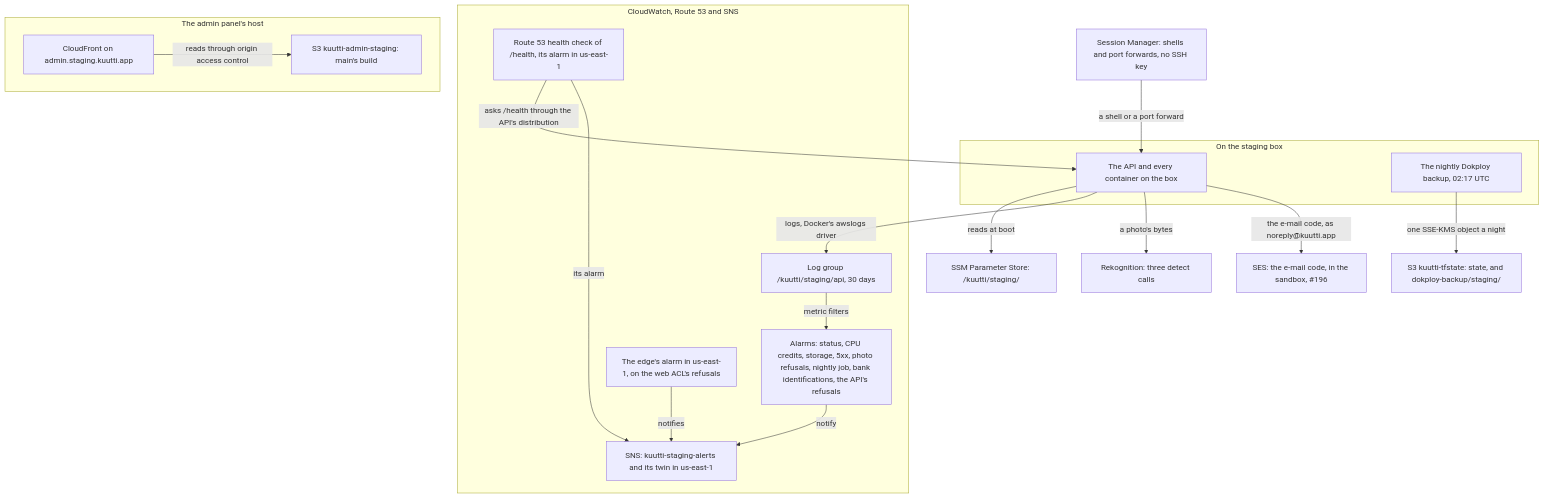
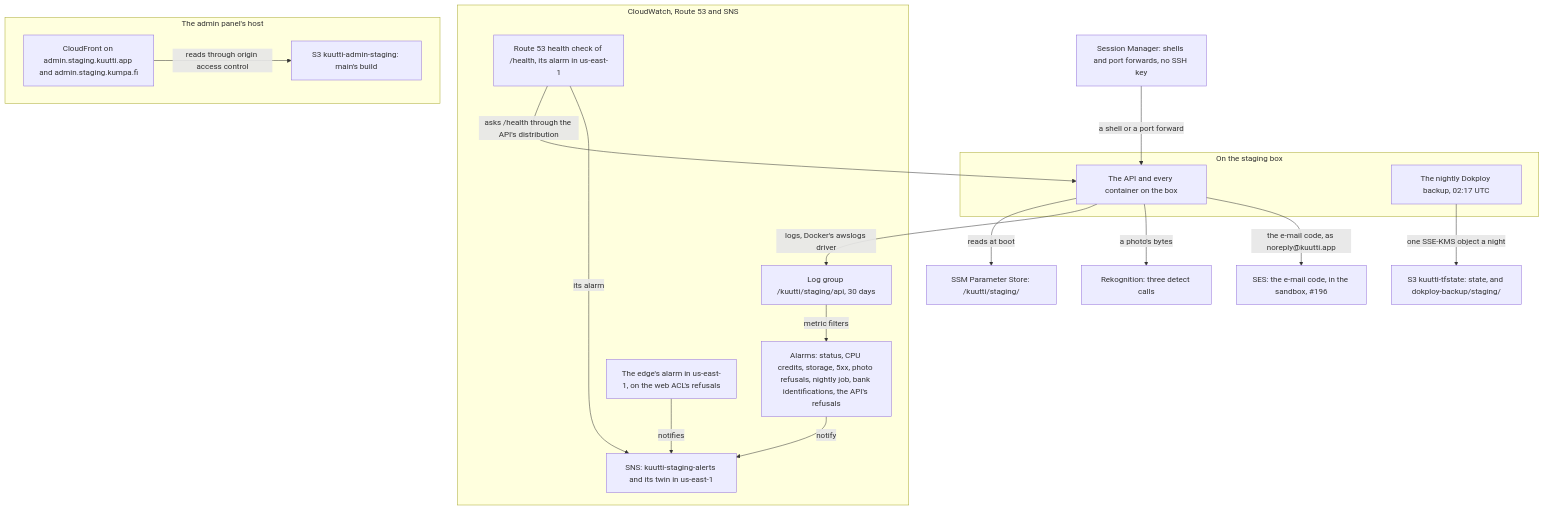
One commit to kuutti-ry/kumpa-app changed the third of 5 diagrams in docs/architecture/deployment.md. Above: the diagram before and after it, drawn with Mermaid. The commit also changed other lines of this file and 31 other files, not shown here.

First line of the commit message:
Answer under kumpa.fi beside kuutti.app, switch nothing yet (#713)

````diff
--- a/docs/architecture/deployment.md
+++ b/docs/architecture/deployment.md
@@ -154,38 +154,38 @@
 ```mermaid
 flowchart TB
   accTitle: Deployment, part 3: staging, the services around the box
   accDescr: The API reads the parameter store at boot, logs through Docker to CloudWatch, and calls Rekognition. CloudWatch's alarms, the edge's among them, and the Route 53 health probe mail through SNS. The box backs Dokploy up to the state bucket every night, and Session Manager is the way in. The admin panel has its own bucket and distribution. SES sends the e-mail code.
   subgraph boxside["On the staging box"]
     n26["The API and every container on the box"]
     n27["The nightly Dokploy backup, 02:17 UTC"]
   end
   n28["Session Manager: shells and port forwards, no SSH key"]
   n29["SSM Parameter Store: /kuutti/staging/"]
   subgraph watch["CloudWatch, Route 53 and SNS"]
     n30["Log group /kuutti/staging/api, 30 days"]
     n31["Alarms: status, CPU credits, storage, 5xx, photo refusals, nightly job, bank identifications, the API's refusals"]
     n32["Route 53 health check of /health, its alarm in us-east-1"]
     n66["The edge's alarm in us-east-1, on the web ACL's refusals"]
     n33["SNS: kuutti-staging-alerts and its twin in us-east-1"]
   end
   subgraph panel["The admin panel's host"]
-    n34["CloudFront on admin.staging.kuutti.app"]
+    n34["CloudFront on admin.staging.kuutti.app and admin.staging.kumpa.fi"]
     n35["S3 kuutti-admin-staging: main's build"]
   end
   n36["S3 kuutti-tfstate: state, and dokploy-backup/staging/"]
   n37["Rekognition: three detect calls"]
   n38["SES: the e-mail code, in the sandbox, #196"]
   n26 -->|"reads at boot"| n29
   n26 -->|"logs, Docker's awslogs driver"| n30
   n30 -->|"metric filters"| n31
   n31 -->|"notify"| n33
   n32 -->|"asks /health through the API's distribution"| n26
   n32 -->|"its alarm"| n33
   n66 -->|"notifies"| n33
   n27 -->|"one SSE-KMS object a night"| n36
   n28 -->|"a shell or a port forward"| n26
   n26 -->|"a photo's bytes"| n37
   n26 -->|"the e-mail code, as noreply@kuutti.app"| n38
   n34 -->|"reads through origin access control"| n35
   classDef notbuilt stroke-dasharray: 5 5
 ```
````
